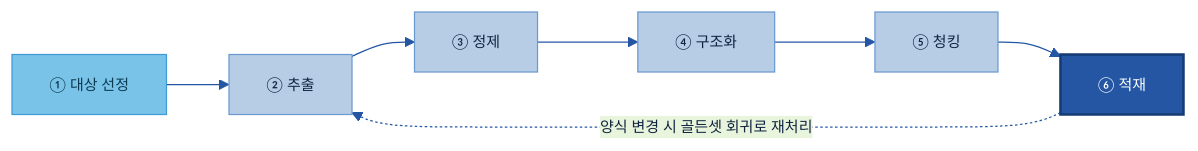
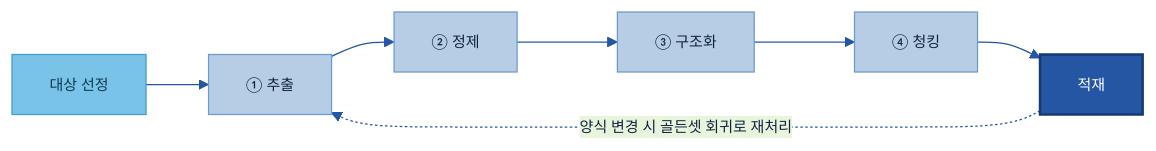
Before and after one commit to jin-kearney/ai-ready-data-manual: the third of 7 diagrams in 가이드 작성/B-1 데이터 전처리/B-1 데이터 전처리.md, drawn with Mermaid. The commit also changed other lines of this file, not shown here.

````diff
--- a/가이드 작성/B-1 데이터 전처리/B-1 데이터 전처리.md
+++ b/가이드 작성/B-1 데이터 전처리/B-1 데이터 전처리.md
@@ -206,15 +208,15 @@
 ```mermaid
 %%{init: {'theme':'base','themeVariables':{'primaryColor':'#DCE8F5','primaryBorderColor':'#2456A4','primaryTextColor':'#10243f','lineColor':'#2456A4','fontSize':'12px'}}}%%
 flowchart LR
-    A1["① 대상 선정"]:::src
-    A2["② 추출"]:::n
-    A3["③ 정제"]:::n
-    A4["④ 구조화"]:::n
-    A5["⑤ 청킹"]:::n
-    A6["⑥ 적재"]:::cat
-    A1 --> A2 --> A3 --> A4 --> A5 --> A6
-    A6 -.양식 변경 시 골든셋 회귀로 재처리.-> A2
+    A0["대상 선정"]:::src
+    A1["① 추출"]:::n
+    A2["② 정제"]:::n
+    A3["③ 구조화"]:::n
+    A4["④ 청킹"]:::n
+    A6["적재"]:::cat
+    A0 --> A1 --> A2 --> A3 --> A4 --> A6
+    A6 -.양식 변경 시 골든셋 회귀로 재처리.-> A1
     classDef n fill:#B7CDE6,stroke:#6B9AD1,color:#10243f;
     classDef src fill:#79C3E8,stroke:#3F9BD4,color:#0b3a52;
     classDef cat fill:#2456A4,color:#fff,stroke:#163a73,stroke-width:2px;
 ```
````
